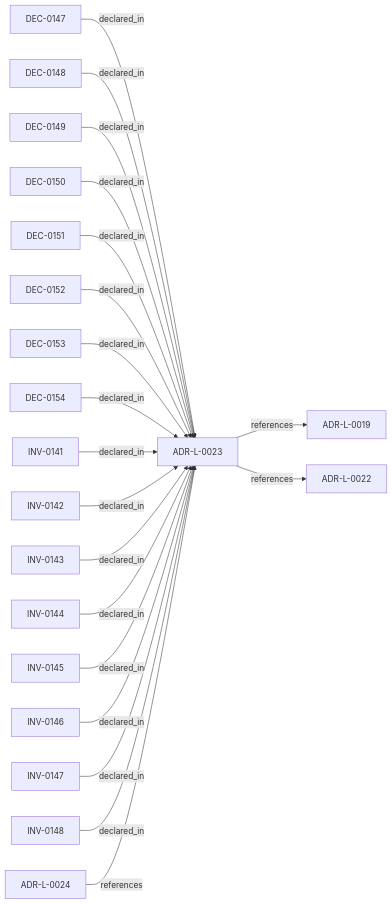
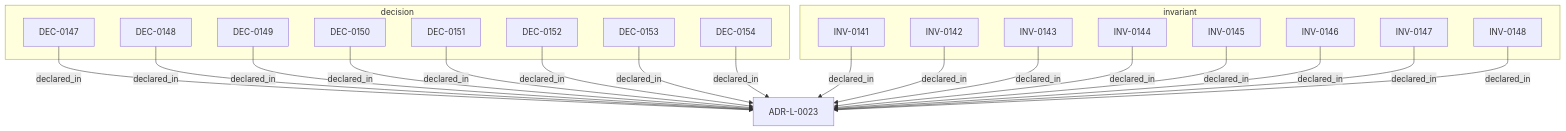
Before and after one commit to egallmann/adr-architecture-kit: the diagram in adrs/adr-projection/logical/ADR-L-0023-consumer-semantic-extension-contract.md, drawn with Mermaid. The commit also changed other lines of this file and 177 other files, not shown here.

````diff
--- a/adrs/adr-projection/logical/ADR-L-0023-consumer-semantic-extension-contract.md
+++ b/adrs/adr-projection/logical/ADR-L-0023-consumer-semantic-extension-contract.md
@@ -31,42 +58,40 @@
 ```mermaid
-flowchart LR
-  n_019fee89_e617_78d9_ba3b_b7e3e6db1b12["ADR-L-0019"]
-  n_01a00643_1bfc_788c_911b_83a4725a8de1["ADR-L-0022"]
+flowchart TB
   n_01a00644_1bfc_7abc_8aaa_111111111111["ADR-L-0023"]
-  n_01a00644_1bfd_7abc_8aaa_222222222222["DEC-0147"]
-  n_01a00644_1bfe_7abc_8aaa_333333333333["DEC-0148"]
-  n_01a00644_1bff_7abc_8aaa_444444444444["DEC-0149"]
-  n_01a00644_1c00_7abc_8aaa_555555555555["DEC-0150"]
-  n_01a00644_1c01_7abc_8aaa_666666666666["DEC-0151"]
-  n_01a00644_1c02_7abc_8aaa_777777777777["DEC-0152"]
-  n_01a00644_1c03_7abc_8aaa_888888888888["DEC-0153"]
-  n_01a00644_1c04_7abc_8aaa_999999999999["DEC-0154"]
-  n_01a00644_1c05_7abc_8aaa_aaaaaaaaaaaa["INV-0141"]
-  n_01a00644_1c06_7abc_8aaa_bbbbbbbbbbbb["INV-0142"]
-  n_01a00644_1c07_7abc_8aaa_cccccccccccc["INV-0143"]
-  n_01a00644_1c08_7abc_8aaa_dddddddddddd["INV-0144"]
-  n_01a00644_1c09_7abc_8aaa_eeeeeeeeeeee["INV-0145"]
-  n_01a00644_1c0a_7abc_8aaa_ffffffffffff["INV-0146"]
-  n_01a00644_1c0b_7abc_8aaa_121212121212["INV-0147"]
-  n_01a00644_1c0c_7abc_8aaa_131313131313["INV-0148"]
-  n_01a02d38_7cf3_7b3c_87ec_1c5f08490c6e["ADR-L-0024"]
+  subgraph sg_decision["decision"]
+    n_01a00644_1bfd_7abc_8aaa_222222222222["DEC-0147"]
+    n_01a00644_1bfe_7abc_8aaa_333333333333["DEC-0148"]
+    n_01a00644_1bff_7abc_8aaa_444444444444["DEC-0149"]
+    n_01a00644_1c00_7abc_8aaa_555555555555["DEC-0150"]
+    n_01a00644_1c01_7abc_8aaa_666666666666["DEC-0151"]
+    n_01a00644_1c02_7abc_8aaa_777777777777["DEC-0152"]
+    n_01a00644_1c03_7abc_8aaa_888888888888["DEC-0153"]
+    n_01a00644_1c04_7abc_8aaa_999999999999["DEC-0154"]
+  end
+  subgraph sg_invariant["invariant"]
+    n_01a00644_1c05_7abc_8aaa_aaaaaaaaaaaa["INV-0141"]
+    n_01a00644_1c06_7abc_8aaa_bbbbbbbbbbbb["INV-0142"]
+    n_01a00644_1c07_7abc_8aaa_cccccccccccc["INV-0143"]
+    n_01a00644_1c08_7abc_8aaa_dddddddddddd["INV-0144"]
+    n_01a00644_1c09_7abc_8aaa_eeeeeeeeeeee["INV-0145"]
+    n_01a00644_1c0a_7abc_8aaa_ffffffffffff["INV-0146"]
+    n_01a00644_1c0b_7abc_8aaa_121212121212["INV-0147"]
+    n_01a00644_1c0c_7abc_8aaa_131313131313["INV-0148"]
+  end
   n_01a00644_1bfd_7abc_8aaa_222222222222 -->|"declared_in"| n_01a00644_1bfc_7abc_8aaa_111111111111
   n_01a00644_1bfe_7abc_8aaa_333333333333 -->|"declared_in"| n_01a00644_1bfc_7abc_8aaa_111111111111
   n_01a00644_1bff_7abc_8aaa_444444444444 -->|"declared_in"| n_01a00644_1bfc_7abc_8aaa_111111111111
   n_01a00644_1c00_7abc_8aaa_555555555555 -->|"declared_in"| n_01a00644_1bfc_7abc_8aaa_111111111111
   n_01a00644_1c01_7abc_8aaa_666666666666 -->|"declared_in"| n_01a00644_1bfc_7abc_8aaa_111111111111
   n_01a00644_1c02_7abc_8aaa_777777777777 -->|"declared_in"| n_01a00644_1bfc_7abc_8aaa_111111111111
   n_01a00644_1c03_7abc_8aaa_888888888888 -->|"declared_in"| n_01a00644_1bfc_7abc_8aaa_111111111111
   n_01a00644_1c04_7abc_8aaa_999999999999 -->|"declared_in"| n_01a00644_1bfc_7abc_8aaa_111111111111
   n_01a00644_1c05_7abc_8aaa_aaaaaaaaaaaa -->|"declared_in"| n_01a00644_1bfc_7abc_8aaa_111111111111
   n_01a00644_1c06_7abc_8aaa_bbbbbbbbbbbb -->|"declared_in"| n_01a00644_1bfc_7abc_8aaa_111111111111
   n_01a00644_1c07_7abc_8aaa_cccccccccccc -->|"declared_in"| n_01a00644_1bfc_7abc_8aaa_111111111111
   n_01a00644_1c08_7abc_8aaa_dddddddddddd -->|"declared_in"| n_01a00644_1bfc_7abc_8aaa_111111111111
   n_01a00644_1c09_7abc_8aaa_eeeeeeeeeeee -->|"declared_in"| n_01a00644_1bfc_7abc_8aaa_111111111111
   n_01a00644_1c0a_7abc_8aaa_ffffffffffff -->|"declared_in"| n_01a00644_1bfc_7abc_8aaa_111111111111
   n_01a00644_1c0b_7abc_8aaa_121212121212 -->|"declared_in"| n_01a00644_1bfc_7abc_8aaa_111111111111
   n_01a00644_1c0c_7abc_8aaa_131313131313 -->|"declared_in"| n_01a00644_1bfc_7abc_8aaa_111111111111
-  n_01a00644_1bfc_7abc_8aaa_111111111111 -->|"references"| n_019fee89_e617_78d9_ba3b_b7e3e6db1b12
-  n_01a00644_1bfc_7abc_8aaa_111111111111 -->|"references"| n_01a00643_1bfc_788c_911b_83a4725a8de1
-  n_01a02d38_7cf3_7b3c_87ec_1c5f08490c6e -->|"references"| n_01a00644_1bfc_7abc_8aaa_111111111111
 ```
````
